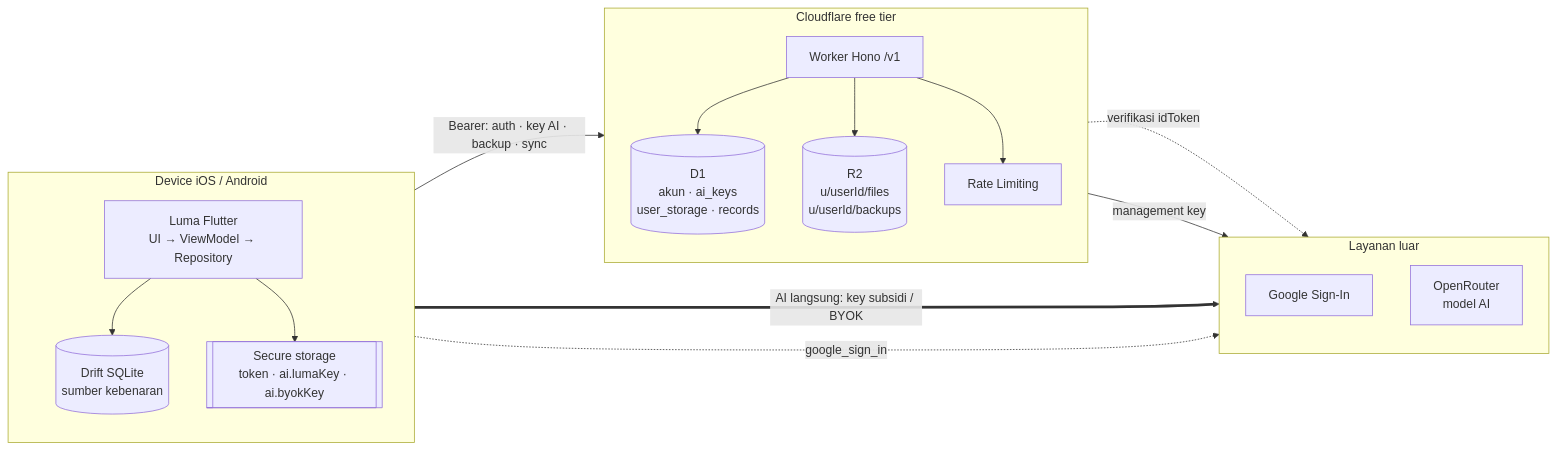
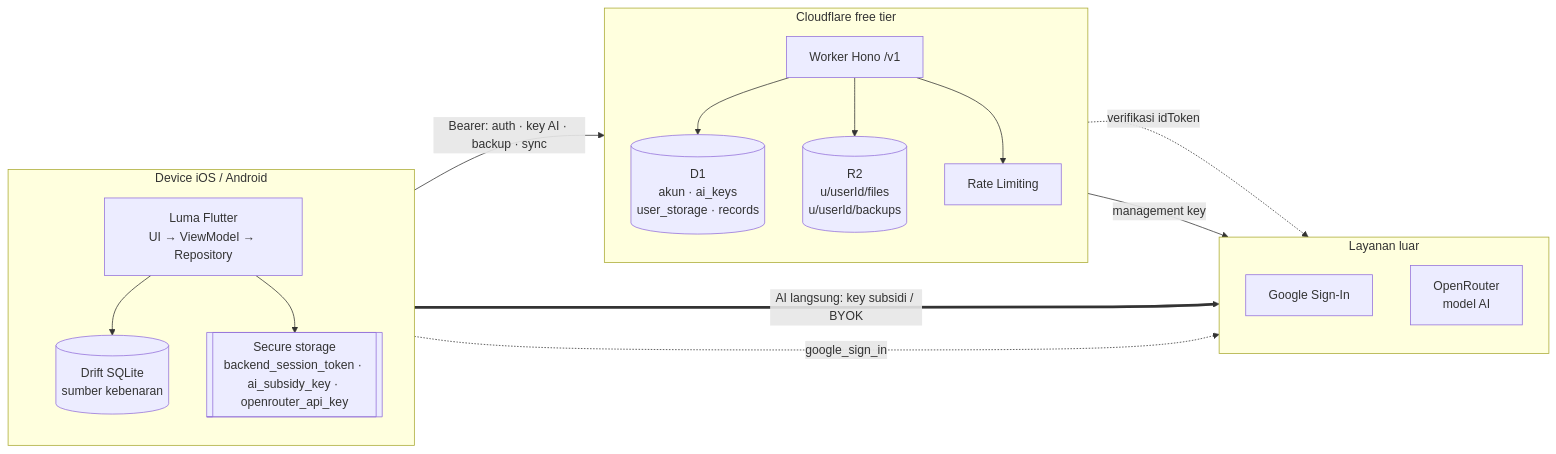
The diagram in docs/architecture.md (choiruladamm/luma), drawn with Mermaid before and after one commit. The commit also changed other lines of this file and 8 other files, not shown here.

````diff
--- a/docs/architecture.md
+++ b/docs/architecture.md
@@ -7,31 +7,31 @@
 ```mermaid
 flowchart LR
   subgraph Device["Device iOS / Android"]
     direction TB
     App["Luma Flutter<br/>UI → ViewModel → Repository"]
     Drift[("Drift SQLite<br/>sumber kebenaran")]
-    KC[["Secure storage<br/>token · ai.lumaKey · ai.byokKey"]]
+    KC[["Secure storage<br/>backend_session_token · ai_subsidy_key · openrouter_api_key"]]
     App --> Drift
     App --> KC
   end
   subgraph CF["Cloudflare free tier"]
     direction TB
     W["Worker Hono /v1"]
     D1[("D1<br/>akun · ai_keys<br/>user_storage · records")]
     R2[("R2<br/>u/userId/files<br/>u/userId/backups")]
     RL["Rate Limiting"]
     W --> D1
     W --> R2
     W --> RL
   end
   subgraph EXT["Layanan luar"]
     direction TB
     G["Google Sign-In"]
     OR["OpenRouter<br/>model AI"]
   end
   App -- "Bearer: auth · key AI · backup · sync" --> W
   W -. "verifikasi idToken" .-> G
   W -- "management key" --> OR
   App == "AI langsung: key subsidi / BYOK" ==> OR
   App -. "google_sign_in" .-> G
 ```
````
